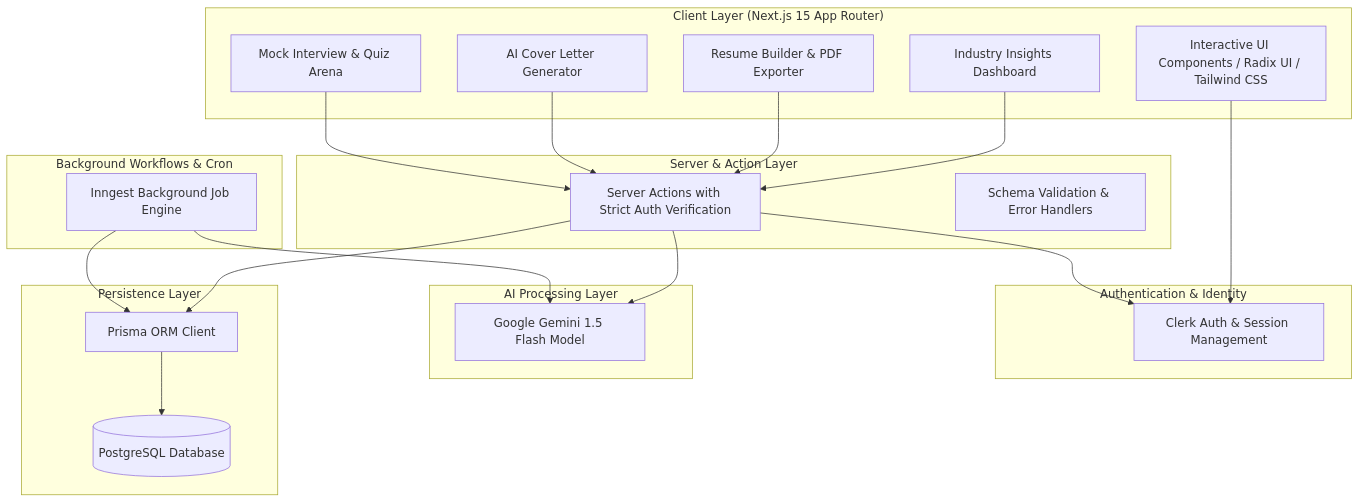
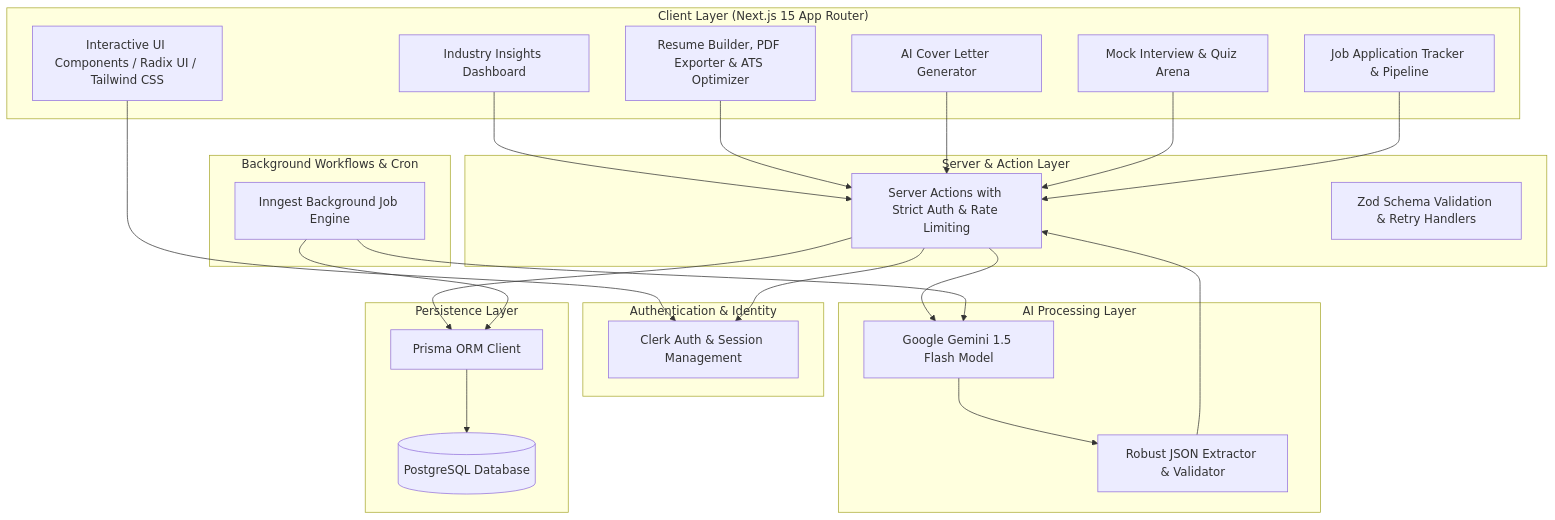
One commit to Katakam-Krupavathi/SensAI- changed the first of 6 diagrams in README.md. Above: the diagram before and after it, drawn with Mermaid. The commit also changed other lines of this file, not shown here.

````diff
--- a/README.md
+++ b/README.md
@@ -37,45 +39,50 @@
 ```mermaid
 graph TD
     subgraph Client ["Client Layer (Next.js 15 App Router)"]
         UI[Interactive UI Components / Radix UI / Tailwind CSS]
         Dash[Industry Insights Dashboard]
-        Resume[Resume Builder & PDF Exporter]
+        Resume[Resume Builder, PDF Exporter & ATS Optimizer]
         Cover[AI Cover Letter Generator]
         Interview[Mock Interview & Quiz Arena]
+        Apps[Job Application Tracker & Pipeline]
     end
 
     subgraph Auth ["Authentication & Identity"]
         Clerk[Clerk Auth & Session Management]
     end
 
     subgraph Server ["Server & Action Layer"]
-        SA[Server Actions with Strict Auth Verification]
-        Helper[Schema Validation & Error Handlers]
+        SA[Server Actions with Strict Auth & Rate Limiting]
+        Helper[Zod Schema Validation & Retry Handlers]
     end
 
     subgraph AI ["AI Processing Layer"]
         Gemini[Google Gemini 1.5 Flash Model]
+        Parser[Robust JSON Extractor & Validator]
     end
 
     subgraph Background ["Background Workflows & Cron"]
         Inngest[Inngest Background Job Engine]
     end
 
     subgraph Database ["Persistence Layer"]
         Prisma[Prisma ORM Client]
         Postgres[(PostgreSQL Database)]
     end
 
     UI --> Clerk
     Dash --> SA
     Resume --> SA
     Cover --> SA
     Interview --> SA
+    Apps --> SA
 
     SA --> Clerk
     SA --> Gemini
+    Gemini --> Parser
+    Parser --> SA
     SA --> Prisma
     Inngest --> Gemini
     Inngest --> Prisma
     Prisma --> Postgres
 ```
````
